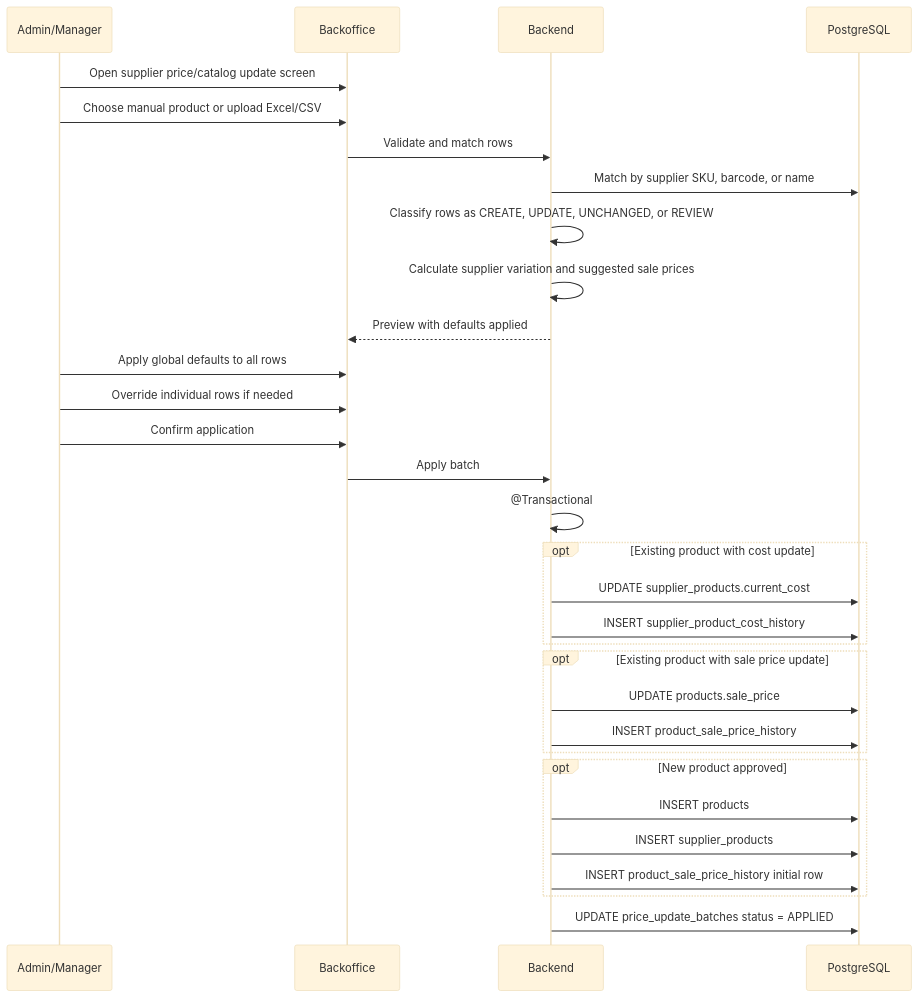
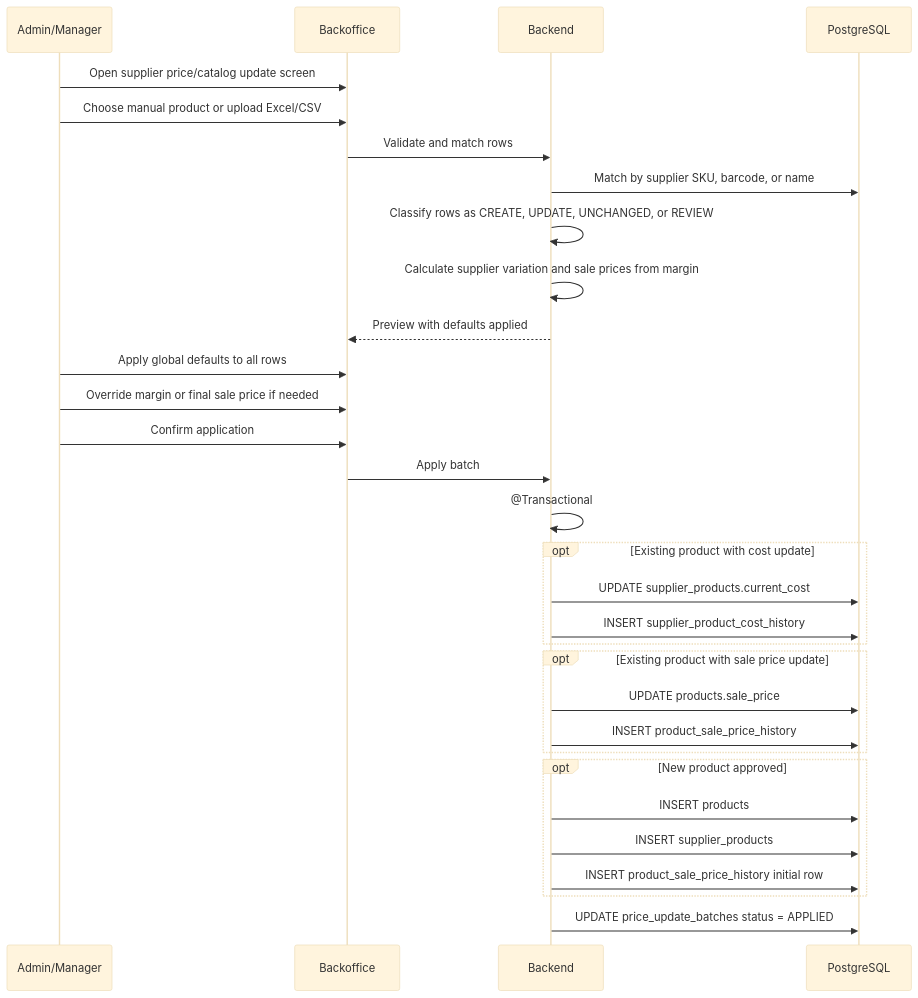
The diagram in docs/04-processes/supplier-price-update-flow.md (NachoOsella/lembas), drawn with Mermaid (base theme) before and after one commit. The commit also changed other lines of this file and 24 other files, not shown here.

````diff
--- a/docs/04-processes/supplier-price-update-flow.md
+++ b/docs/04-processes/supplier-price-update-flow.md
@@ -19,34 +19,34 @@
 ```mermaid
 sequenceDiagram
     participant U as Admin/Manager
     participant FE as Backoffice
     participant BE as Backend
     participant DB as PostgreSQL
 
     U->>FE: Open supplier price/catalog update screen
     U->>FE: Choose manual product or upload Excel/CSV
     FE->>BE: Validate and match rows
     BE->>DB: Match by supplier SKU, barcode, or name
     BE->>BE: Classify rows as CREATE, UPDATE, UNCHANGED, or REVIEW
-    BE->>BE: Calculate supplier variation and suggested sale prices
+    BE->>BE: Calculate supplier variation and sale prices from margin
     BE-->>FE: Preview with defaults applied
     U->>FE: Apply global defaults to all rows
-    U->>FE: Override individual rows if needed
+    U->>FE: Override margin or final sale price if needed
     U->>FE: Confirm application
     FE->>BE: Apply batch
     BE->>BE: @Transactional
     opt Existing product with cost update
         BE->>DB: UPDATE supplier_products.current_cost
         BE->>DB: INSERT supplier_product_cost_history
     end
     opt Existing product with sale price update
         BE->>DB: UPDATE products.sale_price
         BE->>DB: INSERT product_sale_price_history
     end
     opt New product approved
         BE->>DB: INSERT products
         BE->>DB: INSERT supplier_products
         BE->>DB: INSERT product_sale_price_history initial row
     end
     BE->>DB: UPDATE price_update_batches status = APPLIED
 ```
````
